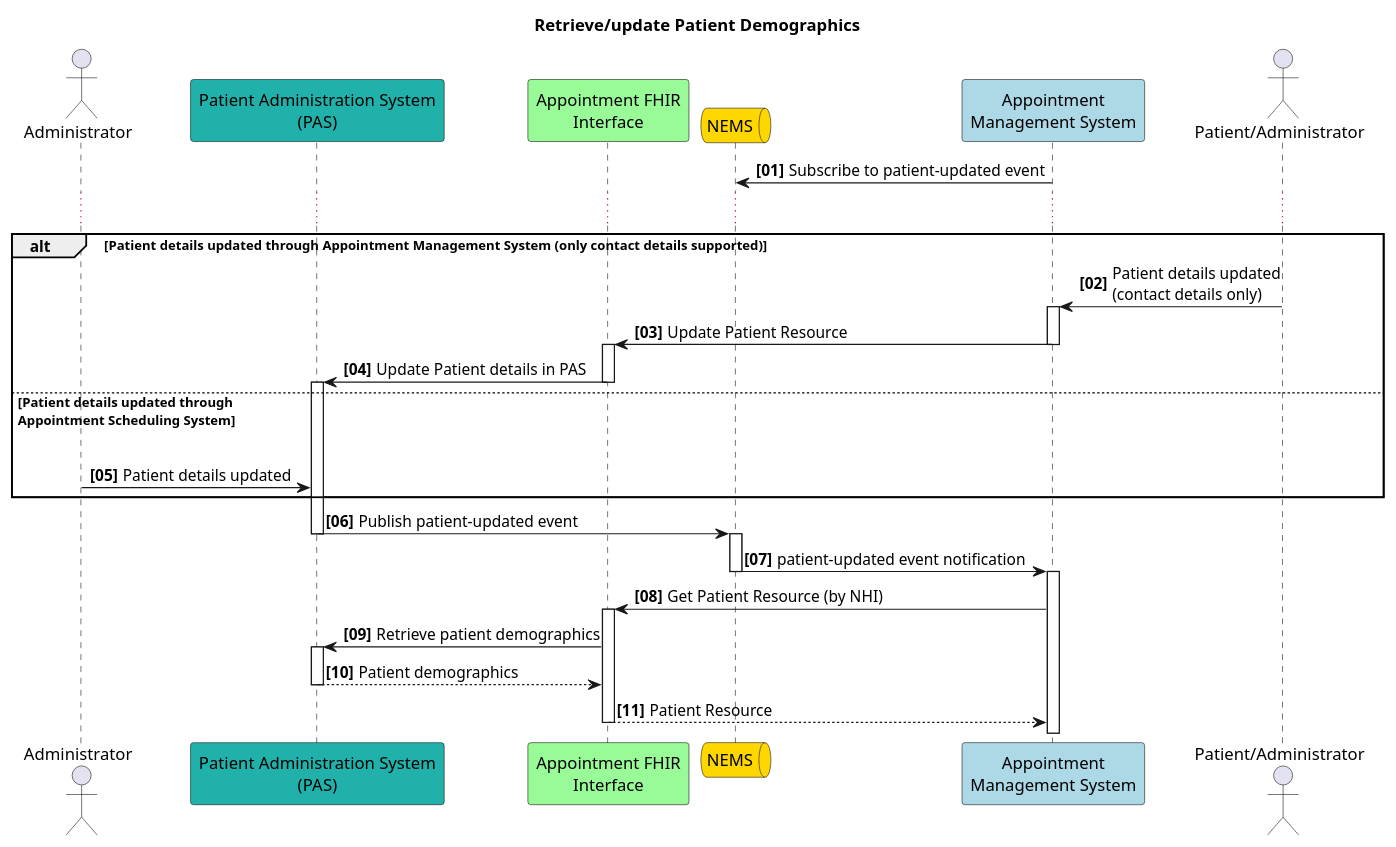
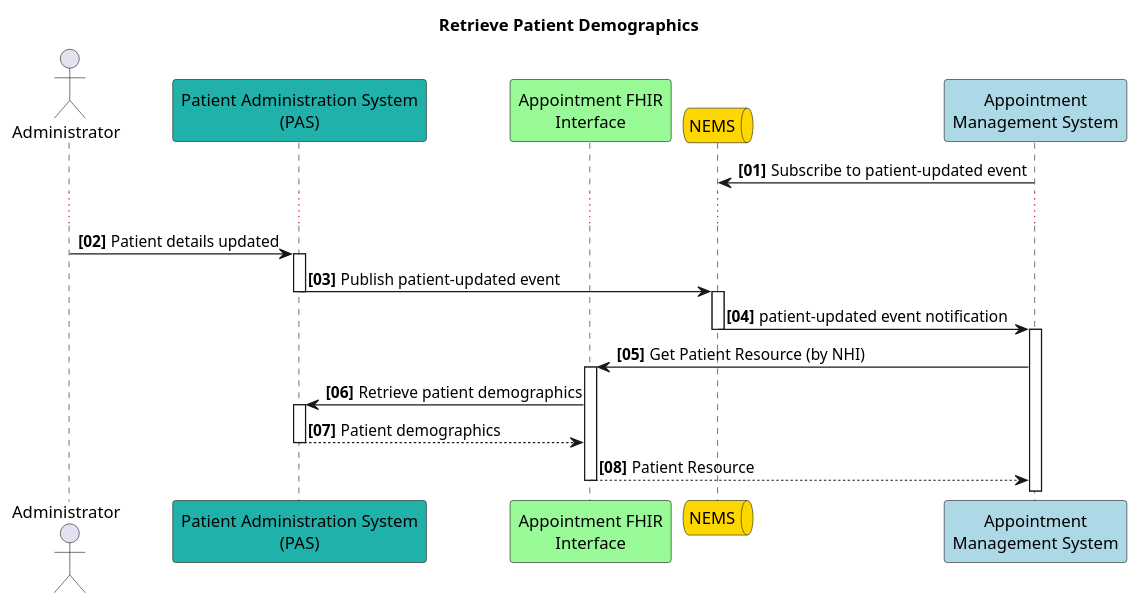
The diagram in input/images-source/dho-patient.plantuml (tewhatuora/cinc-fhir-ig), drawn with PlantUML before and after one commit. The commit also changed 48 other files, not shown here.

```diff
--- a/input/images-source/dho-patient.plantuml
+++ b/input/images-source/dho-patient.plantuml
@@ -1,35 +1,27 @@
 @startuml
 'https://plantuml.com/sequence-diagram
 
 autonumber "<b>[00]"
 
 actor "Administrator" as admin
 Participant "Patient Administration System\n(PAS)" as pas #LightSeaGreen
 Participant "Appointment FHIR\nInterface" as fhir #palegreen
 queue "NEMS" as n #gold
 Participant "Appointment\nManagement System" as p #lightblue
-actor "Patient/Administrator" as pat
 
-title "Retrieve/update Patient Demographics"
+title "Retrieve Patient Demographics"
 p -> n: Subscribe to patient-updated event
 ...
 
-alt Patient details updated through Appointment Management System (only contact details supported)
-    pat -> p ++ : Patient details updated\n(contact details only)
-    p -> fhir --++ : Update Patient Resource
-    fhir -> pas --++ : Update Patient details in PAS
-else Patient details updated through\nAppointment Scheduling System
-    |||
-    admin -> pas : Patient details updated
-end
+admin -> pas ++ : Patient details updated
 
 pas -> n --++ : Publish patient-updated event
 n-> p --++ : patient-updated event notification
 
 
 p -> fhir ++: Get Patient Resource (by NHI)
 fhir -> pas ++: Retrieve patient demographics
 return Patient demographics
 return Patient Resource
 
 @enduml
```
